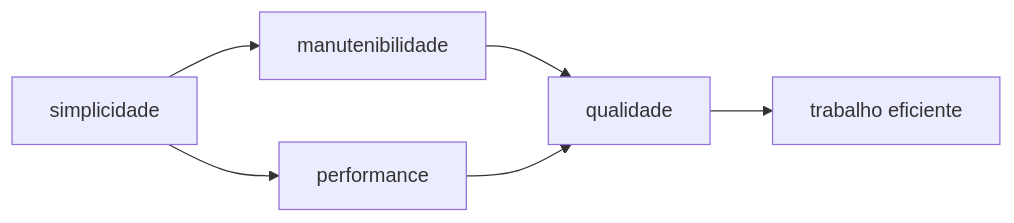
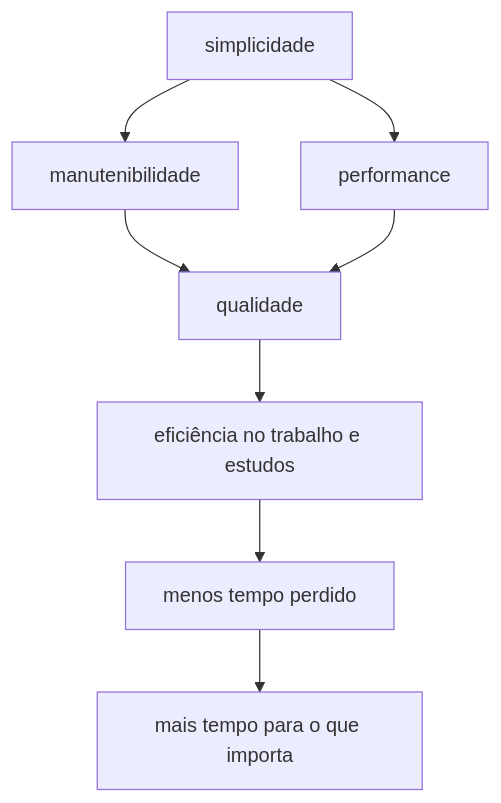
One commit to neninja/dotfiles changed the diagram in README.md. Above: the diagram before and after it, drawn with Mermaid.

Commit message:
:sos: atualiza grafico

````diff
--- a/README.md
+++ b/README.md
@@ -17,7 +17,7 @@
 ```mermaid
-graph LR
+graph TB
 simplicidade --> manutenibilidade --> qualidade
 simplicidade --> performance --> qualidade
 
-qualidade --> t[trabalho eficiente]
+qualidade --> t[eficiência no trabalho e estudos] --> l[menos tempo perdido] --> p[mais tempo para o que importa]
 ```
````
